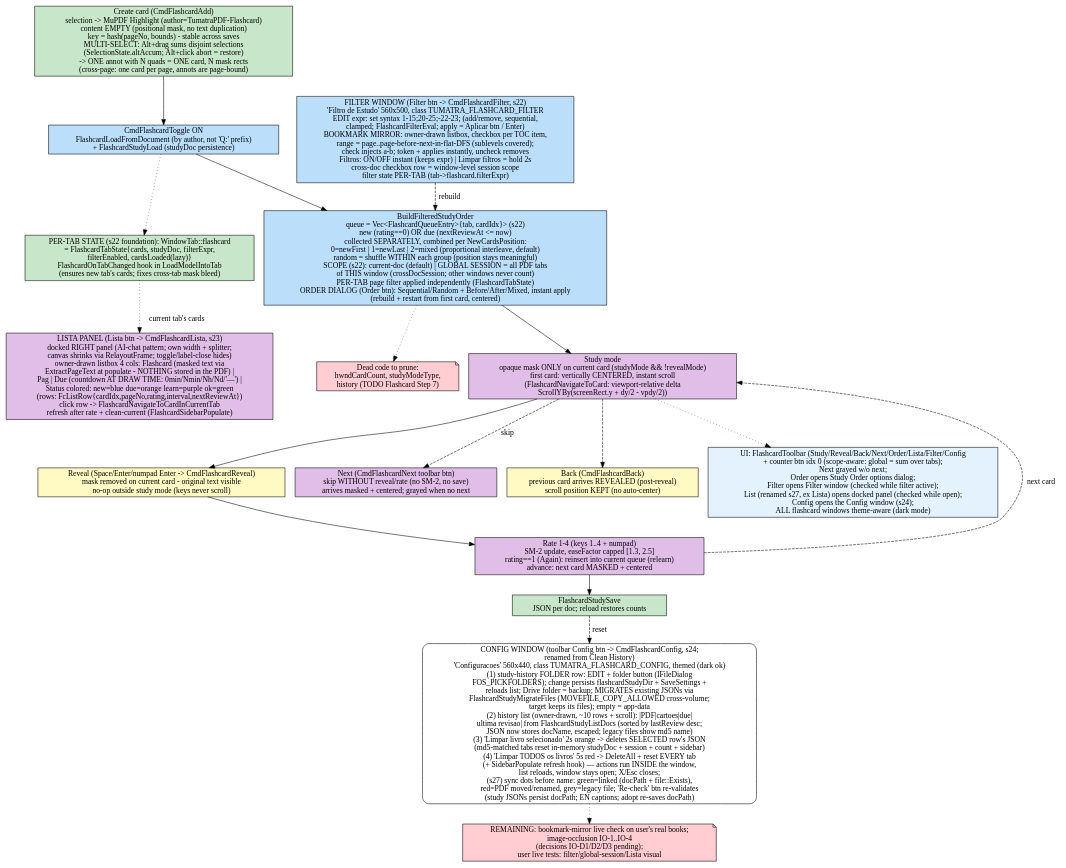
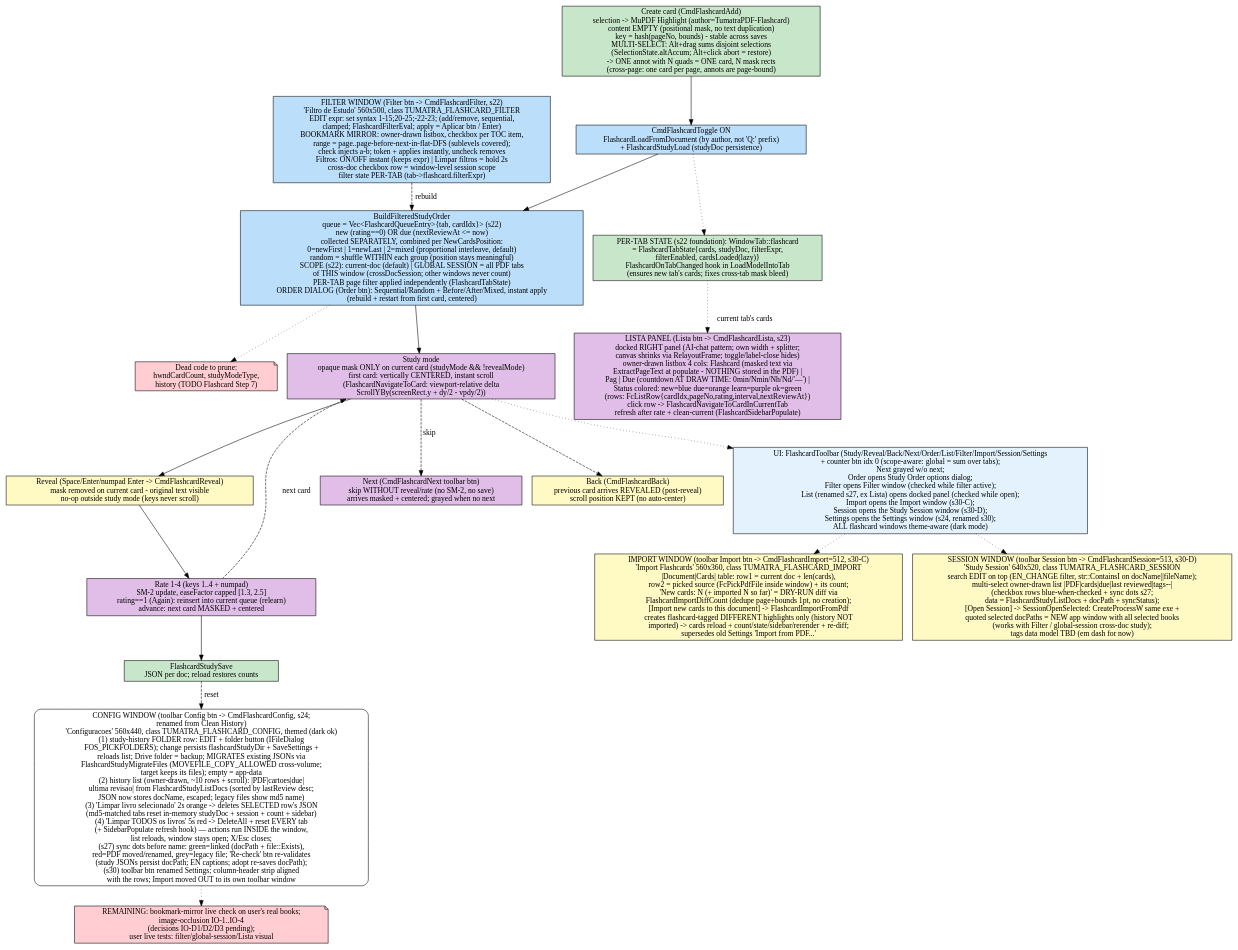
One commit to FelipeTesta/TumatraPDF changed the diagram in FLOW/flashcard.dot. Above: the diagram before and after it, drawn with Graphviz. The commit also changed 17 other files, not shown here.

First line of the commit message:
feat(flashcard): s29+s30 - keyboard-help fork sections + resizable sheet, trim temp-disable, Import + Session windows, Settings rename/header, Filter dark-theme

```diff
--- a/FLOW/flashcard.dot
+++ b/FLOW/flashcard.dot
@@ -1,37 +1,41 @@
 digraph Flashcard {
     rankdir=TB;
     node [shape=box, style=rounded];
 
     create [label="Create card (CmdFlashcardAdd)\nselection -> MuPDF Highlight (author=TumatraPDF-Flashcard)\ncontent EMPTY (positional mask, no text duplication)\nkey = hash(pageNo, bounds) - stable across saves\nMULTI-SELECT: Alt+drag sums disjoint selections\n(SelectionState.altAccum; Alt+click abort = restore)\n-> ONE annot with N quads = ONE card, N mask rects\n(cross-page: one card per page, annots are page-bound)", fillcolor="#c8e6c9", style=filled];
     load [label="CmdFlashcardToggle ON\nFlashcardLoadFromDocument (by author, not 'Q:' prefix)\n+ FlashcardStudyLoad (studyDoc persistence)", fillcolor="#bbdefb", style=filled];
     filter [label="BuildFilteredStudyOrder\nqueue = Vec<FlashcardQueueEntry>{tab, cardIdx}> (s22)\nnew (rating==0) OR due (nextReviewAt <= now)\ncollected SEPARATELY, combined per NewCardsPosition:\n0=newFirst | 1=newLast | 2=mixed (proportional interleave, default)\nrandom = shuffle WITHIN each group (position stays meaningful)\nSCOPE (s22): current-doc (default) | GLOBAL SESSION = all PDF tabs\nof THIS window (crossDocSession; other windows never count)\nPER-TAB page filter applied independently (FlashcardTabState)\nORDER DIALOG (Order btn): Sequential/Random + Before/After/Mixed, instant apply\n(rebuild + restart from first card, centered)", fillcolor="#bbdefb", style=filled];
     filterdlg [label="FILTER WINDOW (Filter btn -> CmdFlashcardFilter, s22)\n'Filtro de Estudo' 560x500, class TUMATRA_FLASHCARD_FILTER\nEDIT expr: set syntax 1-15;20-25;-22-23; (add/remove, sequential,\nclamped; FlashcardFilterEval; apply = Aplicar btn / Enter)\nBOOKMARK MIRROR: owner-drawn listbox, checkbox per TOC item,\nrange = page..page-before-next-in-flat-DFS (sublevels covered);\ncheck injects a-b; token + applies instantly, uncheck removes\nFiltros: ON/OFF instant (keeps expr) | Limpar filtros = hold 2s\ncross-doc checkbox row = window-level session scope\nfilter state PER-TAB (tab->flashcard.filterExpr)", fillcolor="#bbdefb", style=filled];
     filterdlg -> filter [style=dashed, label="rebuild"];
     study [label="Study mode\nopaque mask ONLY on current card (studyMode && !revealMode)\nfirst card: vertically CENTERED, instant scroll\n(FlashcardNavigateToCard: viewport-relative delta\nScrollYBy(screenRect.y + dy/2 - vpdy/2))", fillcolor="#e1bee7", style=filled];
     reveal [label="Reveal (Space/Enter/numpad Enter -> CmdFlashcardReveal)\nmask removed on current card - original text visible\nno-op outside study mode (keys never scroll)", fillcolor="#fff9c4", style=filled];
     rate [label="Rate 1-4 (keys 1..4 + numpad)\nSM-2 update, easeFactor capped [1.3, 2.5]\nrating==1 (Again): reinsert into current queue (relearn)\nadvance: next card MASKED + centered", fillcolor="#e1bee7", style=filled];
     next [label="Next (CmdFlashcardNext toolbar btn)\nskip WITHOUT reveal/rate (no SM-2, no save)\narrives masked + centered; grayed when no next", fillcolor="#e1bee7", style=filled];
     back [label="Back (CmdFlashcardBack)\nprevious card arrives REVEALED (post-reveal)\nscroll position KEPT (no auto-center)", fillcolor="#fff9c4", style=filled];
     persist [label="FlashcardStudySave\nJSON per doc; reload restores counts", fillcolor="#c8e6c9", style=filled];
 
     create -> load -> filter -> study -> reveal -> rate -> persist;
     rate -> study [style=dashed, label="next card"];
     study -> next [style=dashed, label="skip"];
     study -> back [style=dashed];
 
-    clean [label="CONFIG WINDOW (toolbar Config btn -> CmdFlashcardConfig, s24;\nrenamed from Clean History)\n'Configuracoes' 560x440, class TUMATRA_FLASHCARD_CONFIG, themed (dark ok)\n(1) study-history FOLDER row: EDIT + folder button (IFileDialog\nFOS_PICKFOLDERS); change persists flashcardStudyDir + SaveSettings +\nreloads list; Drive folder = backup; MIGRATES existing JSONs via\nFlashcardStudyMigrateFiles (MOVEFILE_COPY_ALLOWED cross-volume;\ntarget keeps its files); empty = app-data\n(2) history list (owner-drawn, ~10 rows + scroll): |PDF|cartoes|due|\nultima revisao| from FlashcardStudyListDocs (sorted by lastReview desc;\nJSON now stores docName, escaped; legacy files show md5 name)\n(3) 'Limpar livro selecionado' 2s orange -> deletes SELECTED row's JSON\n(md5-matched tabs reset in-memory studyDoc + session + count + sidebar)\n(4) 'Limpar TODOS os livros' 5s red -> DeleteAll + reset EVERY tab\n(+ SidebarPopulate refresh hook) — actions run INSIDE the window,\nlist reloads, window stays open; X/Esc closes;\n(s27) sync dots before name: green=linked (docPath + file::Exists),\nred=PDF moved/renamed, grey=legacy file; 'Re-check' btn re-validates\n(study JSONs persist docPath; EN captions; adopt re-saves docPath)"];
+    clean [label="CONFIG WINDOW (toolbar Config btn -> CmdFlashcardConfig, s24;\nrenamed from Clean History)\n'Configuracoes' 560x440, class TUMATRA_FLASHCARD_CONFIG, themed (dark ok)\n(1) study-history FOLDER row: EDIT + folder button (IFileDialog\nFOS_PICKFOLDERS); change persists flashcardStudyDir + SaveSettings +\nreloads list; Drive folder = backup; MIGRATES existing JSONs via\nFlashcardStudyMigrateFiles (MOVEFILE_COPY_ALLOWED cross-volume;\ntarget keeps its files); empty = app-data\n(2) history list (owner-drawn, ~10 rows + scroll): |PDF|cartoes|due|\nultima revisao| from FlashcardStudyListDocs (sorted by lastReview desc;\nJSON now stores docName, escaped; legacy files show md5 name)\n(3) 'Limpar livro selecionado' 2s orange -> deletes SELECTED row's JSON\n(md5-matched tabs reset in-memory studyDoc + session + count + sidebar)\n(4) 'Limpar TODOS os livros' 5s red -> DeleteAll + reset EVERY tab\n(+ SidebarPopulate refresh hook) — actions run INSIDE the window,\nlist reloads, window stays open; X/Esc closes;\n(s27) sync dots before name: green=linked (docPath + file::Exists),\nred=PDF moved/renamed, grey=legacy file; 'Re-check' btn re-validates\n(study JSONs persist docPath; EN captions; adopt re-saves docPath);\n(s30) toolbar btn renamed Settings; column-header strip aligned\nwith the rows; Import moved OUT to its own toolbar window"];
     persist -> clean [style=dashed, label="reset"];
     lista [label="LISTA PANEL (Lista btn -> CmdFlashcardLista, s23)\ndocked RIGHT panel (AI-chat pattern; own width + splitter;\ncanvas shrinks via RelayoutFrame; toggle/label-close hides)\nowner-drawn listbox 4 cols: Flashcard (masked text via\nExtractPageText at populate - NOTHING stored in the PDF) |\nPag | Due (countdown AT DRAW TIME: 0min/Nmin/Nh/Nd/'—') |\nStatus colored: new=blue due=orange learn=purple ok=green\n(rows: FcListRow{cardIdx,pageNo,rating,interval,nextReviewAt})\nclick row -> FlashcardNavigateToCardInCurrentTab\nrefresh after rate + clean-current (FlashcardSidebarPopulate)", fillcolor="#e1bee7", style=filled];
     pertab -> lista [style=dotted, label="current tab's cards"];
     pending [label="REMAINING: bookmark-mirror live check on user's real books;\nimage-occlusion IO-1..IO-4\n(decisions IO-D1/D2/D3 pending);\nuser live tests: filter/global-session/Lista visual", shape=note, fillcolor="#ffcdd2", style=filled];
     clean -> pending [style=dotted];
 
     dead [label="Dead code to prune:\nhwndCardCount, studyModeType,\nhistory (TODO Flashcard Step 7)", shape=note, fillcolor="#ffcdd2", style=filled];
     filter -> dead [style=dotted];
 
-    ui [label="UI: FlashcardToolbar (Study/Reveal/Back/Next/Order/Lista/Filter/Config\n+ counter btn idx 0 (scope-aware: global = sum over tabs);\nNext grayed w/o next;\nOrder opens Study Order options dialog;\nFilter opens Filter window (checked while filter active);\nList (renamed s27, ex Lista) opens docked panel (checked while open);\nConfig opens the Config window (s24);\nALL flashcard windows theme-aware (dark mode)", shape=box, fillcolor="#e3f2fd", style=filled];
+    ui [label="UI: FlashcardToolbar (Study/Reveal/Back/Next/Order/List/Filter/Import/Session/Settings\n+ counter btn idx 0 (scope-aware: global = sum over tabs);\nNext grayed w/o next;\nOrder opens Study Order options dialog;\nFilter opens Filter window (checked while filter active);\nList (renamed s27, ex Lista) opens docked panel (checked while open);\nImport opens the Import window (s30-C);\nSession opens the Study Session window (s30-D);\nSettings opens the Settings window (s24, renamed s30);\nALL flashcard windows theme-aware (dark mode)", shape=box, fillcolor="#e3f2fd", style=filled];
+    importdlg [label="IMPORT WINDOW (toolbar Import btn -> CmdFlashcardImport=512, s30-C)\n'Import Flashcards' 560x360, class TUMATRA_FLASHCARD_IMPORT\n|Document|Cards| table: row1 = current doc + len(cards),\nrow2 = picked source (FcPickPdfFile inside window) + its count;\n'New cards: N (+ imported N so far)' = DRY-RUN diff via\nFlashcardImportDiffCount (dedupe page+bounds 1pt, no creation);\n[Import new cards to this document] -> FlashcardImportFromPdf\ncreates flashcard-tagged DIFFERENT highlights only (history NOT\nimported) -> cards reload + count/state/sidebar/rerender + re-diff;\nsupersedes old Settings 'Import from PDF...'", fillcolor="#fff9c4", style=filled];
+    sessiondlg [label="SESSION WINDOW (toolbar Session btn -> CmdFlashcardSession=513, s30-D)\n'Study Session' 640x520, class TUMATRA_FLASHCARD_SESSION\nsearch EDIT on top (EN_CHANGE filter, str::ContainsI on docName||fileName);\nmulti-select owner-drawn list |PDF|cards|due|last reviewed|tags--|\n(checkbox rows blue-when-checked + sync dots s27;\ndata = FlashcardStudyListDocs + docPath + syncStatus);\n[Open Session] -> SessionOpenSelected: CreateProcessW same exe +\nquoted selected docPaths = NEW app window with all selected books\n(works with Filter / global-session cross-doc study);\ntags data model TBD (em dash for now)", fillcolor="#fff9c4", style=filled];
+    ui -> importdlg [style=dotted];
+    ui -> sessiondlg [style=dotted];
     study -> ui [style=dotted];
 
     pertab [label="PER-TAB STATE (s22 foundation): WindowTab::flashcard\n= FlashcardTabState{cards, studyDoc, filterExpr,\nfilterEnabled, cardsLoaded(lazy)}\nFlashcardOnTabChanged hook in LoadModelIntoTab\n(ensures new tab's cards; fixes cross-tab mask bleed)", fillcolor="#c8e6c9", style=filled];
     load -> pertab [style=dotted];
 }
```
